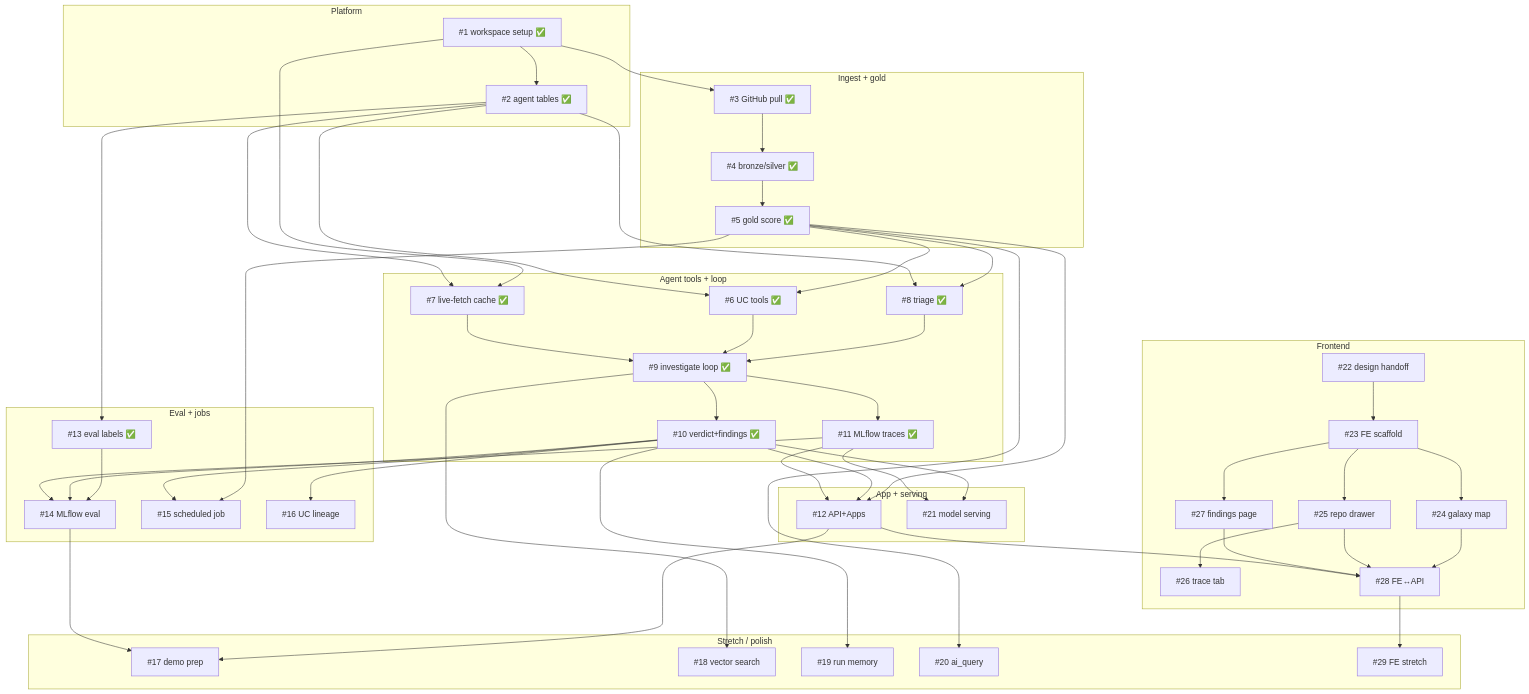
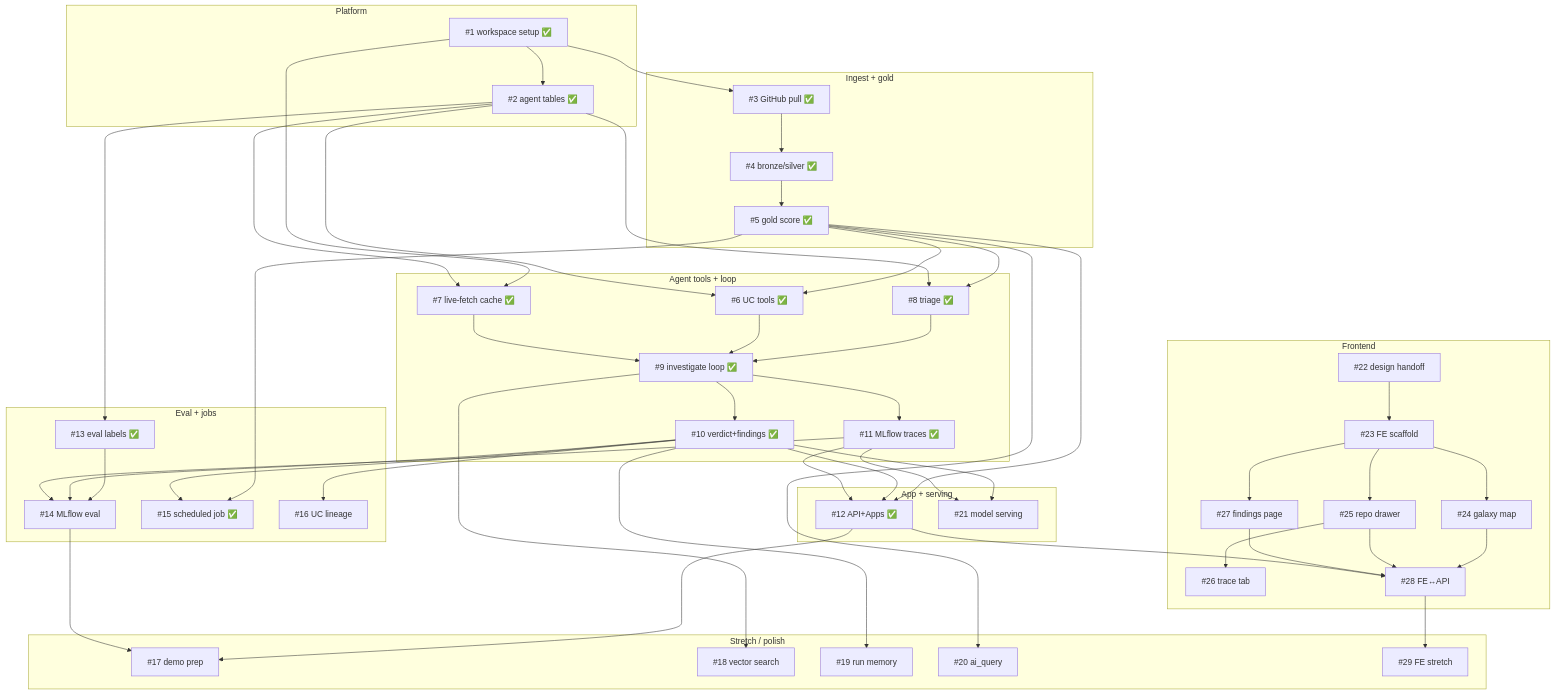
Before and after one commit to kathryntanardy/hackcamp_2026: the diagram in .docs/github_ticket_graph.md, drawn with Mermaid. The commit also changed other lines of this file and 5 other files, not shown here.

First line of the commit message:
Add scheduled autonomy job for ticket #15 (F10).

```diff
--- a/.docs/github_ticket_graph.md
+++ b/.docs/github_ticket_graph.md
@@ -25,11 +28,11 @@
   subgraph EvalJobs["Eval + jobs"]
     n13["#13 eval labels ✅"]
     n14["#14 MLflow eval"]
-    n15["#15 scheduled job"]
+    n15["#15 scheduled job ✅"]
     n16["#16 UC lineage"]
   end
   subgraph AppServing["App + serving"]
-    n12["#12 API+Apps"]
+    n12["#12 API+Apps ✅"]
     n21["#21 model serving"]
   end
   subgraph Frontend["Frontend"]
```
